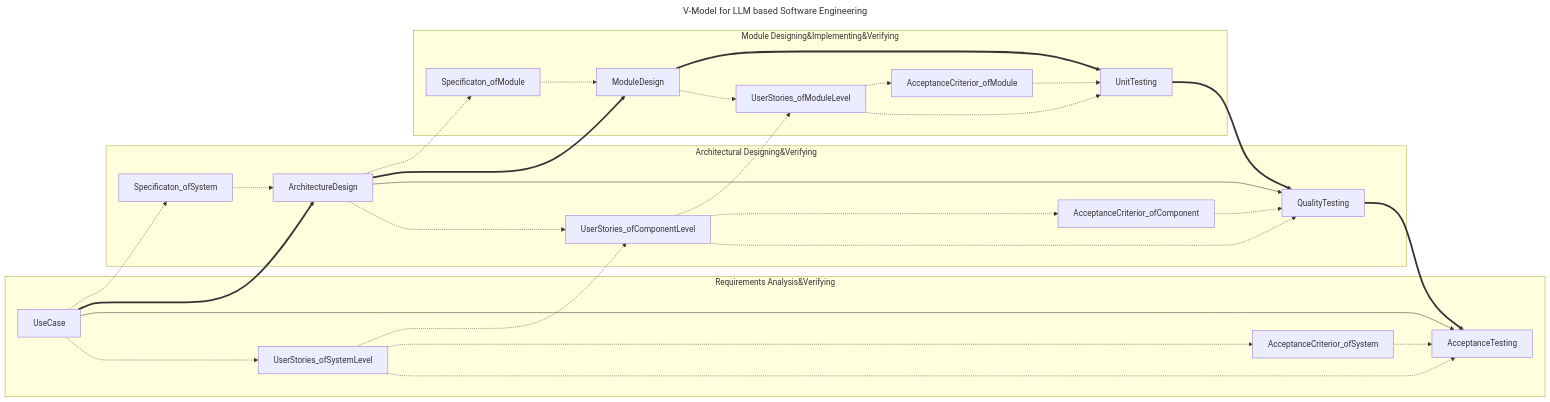
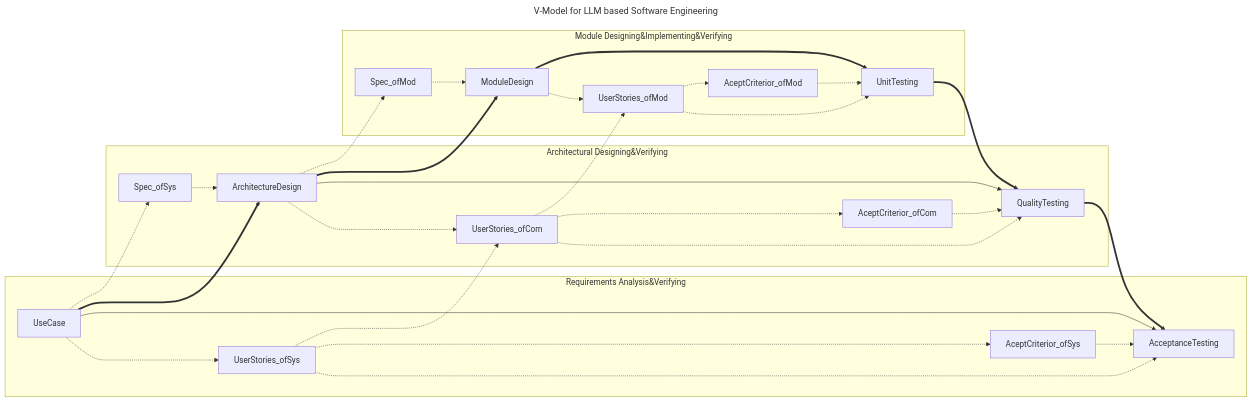
The diagram in README_LLMSE.md (EnigmaWU/MyIOC_inTDD_withGHC), drawn with Mermaid before and after one commit.

Commit message:
Refactor graph labels for better readability and maintainability

````diff
--- a/README_LLMSE.md
+++ b/README_LLMSE.md
@@ -11,41 +11,41 @@
 ```mermaid
 ---
 title: V-Model for LLM based Software Engineering
 ---
 graph LR
     subgraph "Requirements Analysis&Verifying"
-        UseCase -.-> UserStories_ofSystemLevel
-        UserStories_ofSystemLevel -.-> AcceptanceTesting
-        UserStories_ofSystemLevel -.-> AcceptanceCriterior_ofSystem
-        AcceptanceCriterior_ofSystem -.-> AcceptanceTesting
+        UseCase -.-> UserStories_ofSys
+        UserStories_ofSys -.-> AcceptanceTesting
+        UserStories_ofSys -.-> AceptCriterior_ofSys
+        AceptCriterior_ofSys -.-> AcceptanceTesting
         UseCase --> AcceptanceTesting
     end
     subgraph "Architectural Designing&Verifying"
         UseCase ==> ArchitectureDesign
-        UseCase -.-> Specificaton_ofSystem
-        Specificaton_ofSystem -.-> ArchitectureDesign
-        ArchitectureDesign -.-> UserStories_ofComponentLevel
-        UserStories_ofComponentLevel -.-> QualityTesting
+        UseCase -.-> Spec_ofSys
+        Spec_ofSys -.-> ArchitectureDesign
+        ArchitectureDesign -.-> UserStories_ofCom
+        UserStories_ofCom -.-> QualityTesting
         ArchitectureDesign --> QualityTesting
 
-        UserStories_ofSystemLevel -..-> UserStories_ofComponentLevel
-        UserStories_ofComponentLevel -.-> AcceptanceCriterior_ofComponent
-        AcceptanceCriterior_ofComponent -.-> QualityTesting
+        UserStories_ofSys -..-> UserStories_ofCom
+        UserStories_ofCom -.-> AceptCriterior_ofCom
+        AceptCriterior_ofCom -.-> QualityTesting
 
         QualityTesting ==> AcceptanceTesting
     end
     subgraph "Module Designing&Implementing&Verifying"
         ArchitectureDesign ==> ModuleDesign
-        ArchitectureDesign -.-> Specificaton_ofModule
-        Specificaton_ofModule -.-> ModuleDesign
-        ModuleDesign -.-> UserStories_ofModuleLevel
-        UserStories_ofModuleLevel -.-> UnitTesting
+        ArchitectureDesign -.-> Spec_ofMod
+        Spec_ofMod -.-> ModuleDesign
+        ModuleDesign -.-> UserStories_ofMod
+        UserStories_ofMod -.-> UnitTesting
         ModuleDesign ==> UnitTesting
 
-        UserStories_ofComponentLevel -.-> UserStories_ofModuleLevel
-        UserStories_ofModuleLevel -.-> AcceptanceCriterior_ofModule
-        AcceptanceCriterior_ofModule -.-> UnitTesting
+        UserStories_ofCom -.-> UserStories_ofMod
+        UserStories_ofMod -.-> AceptCriterior_ofMod
+        AceptCriterior_ofMod -.-> UnitTesting
 
         UnitTesting ==> QualityTesting
     end
 ```
````
